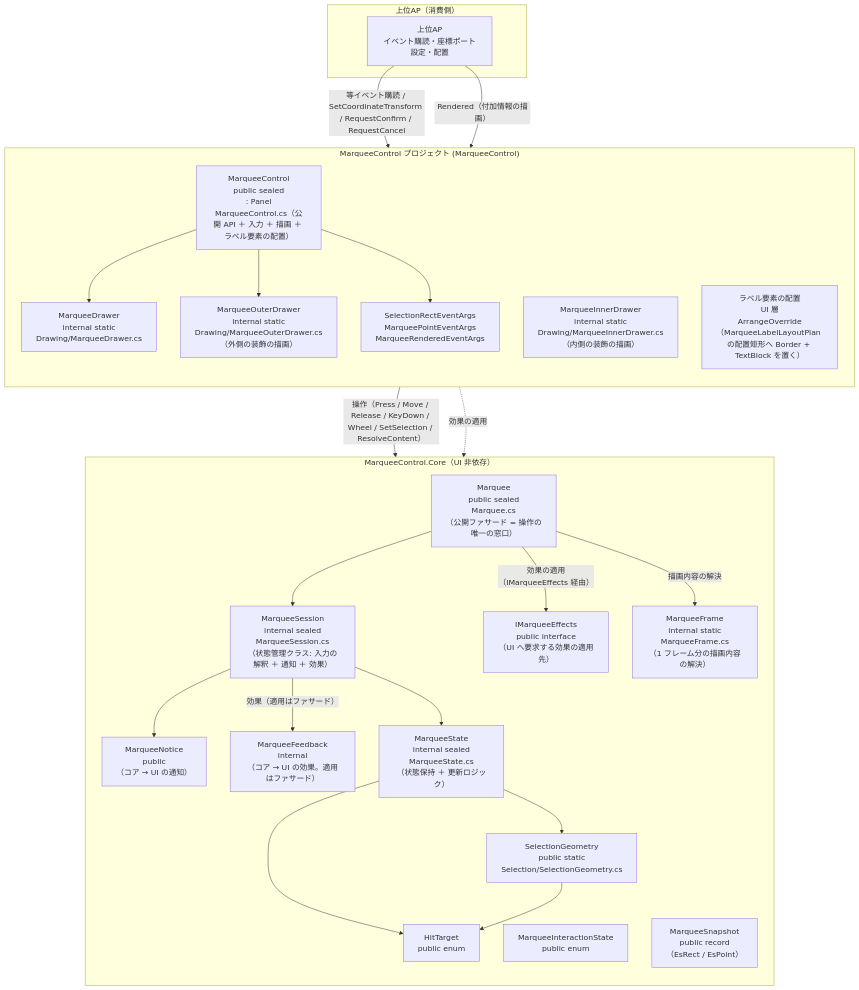
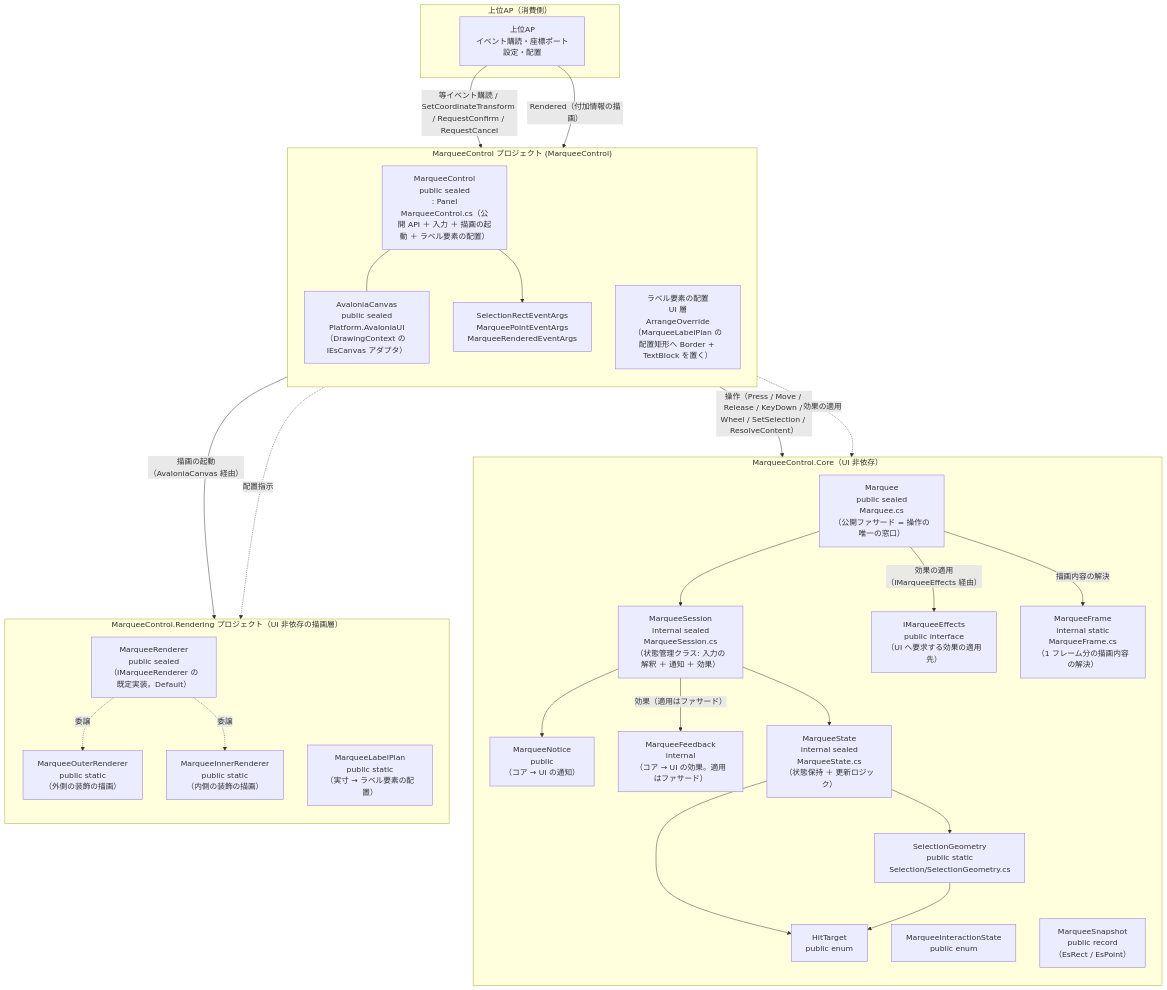
One commit to tomokuni/SaveEvidence changed the first of 2 diagrams in src/MarqueeControl.AvaloniaUI/SPEC_System.md. Above: the diagram before and after it, drawn with Mermaid. The commit also changed other lines of this file and 220 other files, not shown here.

````diff
--- a/src/MarqueeControl.AvaloniaUI/SPEC_System.md
+++ b/src/MarqueeControl.AvaloniaUI/SPEC_System.md
@@ -98,46 +99,54 @@
 ```mermaid
 flowchart TB
     subgraph Host["上位AP（消費側）"]
         AP["上位AP<br/>イベント購読・座標ポート設定・配置"]
     end
     subgraph Core["MarqueeControl.Core（UI 非依存）"]
         direction TB
         Fac["Marquee<br/>public sealed<br/>Marquee.cs<br/>（公開ファサード = 操作の唯一の窓口）"]
         Eff["IMarqueeEffects<br/>public interface<br/>（UI へ要求する効果の適用先）"]
         Ses["MarqueeSession<br/>internal sealed<br/>MarqueeSession.cs<br/>（状態管理クラス: 入力の解釈 ＋ 通知 ＋ 効果）"]
         Ntc["MarqueeNotice<br/>public<br/>（コア → UI の通知）"]
         Fbk["MarqueeFeedback<br/>internal<br/>（コア → UI の効果。適用はファサード）"]
         Stt["MarqueeState<br/>internal sealed<br/>MarqueeState.cs<br/>（状態保持 ＋ 更新ロジック）"]
         Geo["SelectionGeometry<br/>public static<br/>Selection/SelectionGeometry.cs"]
         Hdl["HitTarget<br/>public enum"]
         Hdl2["MarqueeInteractionState<br/>public enum"]
         Hdl3["MarqueeSnapshot<br/>public record<br/>（EsRect / EsPoint）"]
         Frm["MarqueeFrame<br/>internal static<br/>MarqueeFrame.cs<br/>（1 フレーム分の描画内容の解決）"]
     end
     subgraph DRC2["MarqueeControl プロジェクト (MarqueeControl)"]
         direction TB
-        Ctl["MarqueeControl<br/>public sealed<br/>: Panel<br/>MarqueeControl.cs（公開 API ＋ 入力 ＋ 描画 ＋ ラベル要素の配置）"]
-        Drw["MarqueeDrawer<br/>internal static<br/>Drawing/MarqueeDrawer.cs"]
-        Odr["MarqueeOuterDrawer<br/>internal static<br/>Drawing/MarqueeOuterDrawer.cs<br/>（外側の装飾の描画）"]
-        Idr["MarqueeInnerDrawer<br/>internal static<br/>Drawing/MarqueeInnerDrawer.cs<br/>（内側の装飾の描画）"]
-        Lbl["ラベル要素の配置<br/>UI 層<br/>ArrangeOverride<br/>（MarqueeLabelLayoutPlan の配置矩形へ Border + TextBlock を置く）"]
+        Ctl["MarqueeControl<br/>public sealed<br/>: Panel<br/>MarqueeControl.cs（公開 API ＋ 入力 ＋ 描画の起動 ＋ ラベル要素の配置）"]
+        Cvs["AvaloniaCanvas<br/>public sealed<br/>Platform.AvaloniaUI<br/>（DrawingContext の IEsCanvas アダプタ）"]
+        Lbl["ラベル要素の配置<br/>UI 層<br/>ArrangeOverride<br/>（MarqueeLabelPlan の配置矩形へ Border + TextBlock を置く）"]
         Evt["SelectionRectEventArgs<br/>MarqueePointEventArgs<br/>MarqueeRenderedEventArgs"]
+    end
+    subgraph Rnd2["MarqueeControl.Rendering プロジェクト（UI 非依存の描画層）"]
+        direction TB
+        Drw["MarqueeRenderer<br/>public sealed<br/>（IMarqueeRenderer の既定実装。Default）"]
+        Odr["MarqueeOuterRenderer<br/>public static<br/>（外側の装飾の描画）"]
+        Idr["MarqueeInnerRenderer<br/>public static<br/>（内側の装飾の描画）"]
+        Pln["MarqueeLabelPlan<br/>public static<br/>（実寸 → ラベル要素の配置）"]
     end
 
     AP -->|等イベント購読 / SetCoordinateTransform / RequestConfirm / RequestCancel| Ctl
     AP -->|Rendered（付加情報の描画）| Lbl
     Ctl -->|操作（Press / Move / Release / KeyDown / Wheel / SetSelection / ResolveContent）| Fac
     Ctl -.->|効果の適用| Eff
-    Ctl --> Drw
-    Ctl --> Odr
+    Ctl -->|描画の起動（AvaloniaCanvas 経由）| Drw
+    Drw -.->|委譲| Odr
+    Drw -.->|委譲| Idr
+    Ctl -.->|配置指示| Pln
+    Ctl --- Cvs
     Fac --> Ses
     Fac -->|効果の適用（IMarqueeEffects 経由）| Eff
     Fac -->|描画内容の解決| Frm
     Ctl --> Evt
     Ses --> Ntc
     Ses -->|効果（適用はファサード）| Fbk
     Ses --> Stt
     Stt --> Geo
     Stt --> Hdl
     Geo --> Hdl
 ```
````
